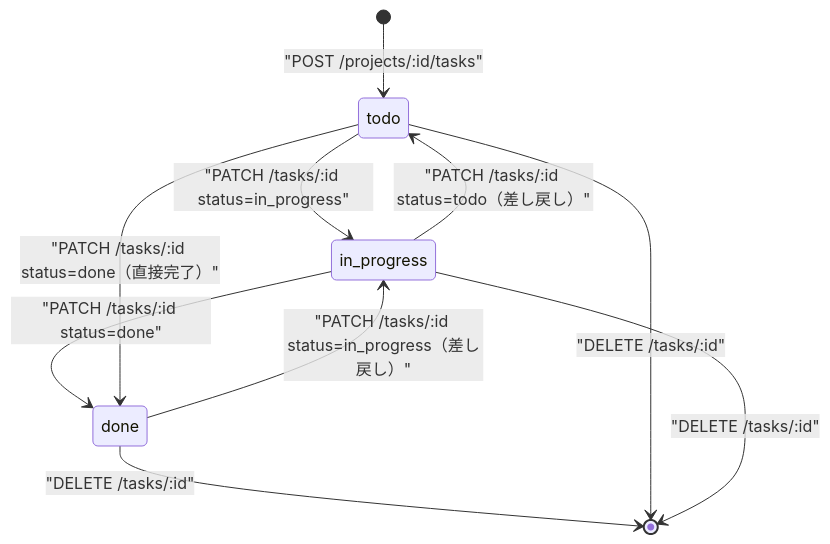
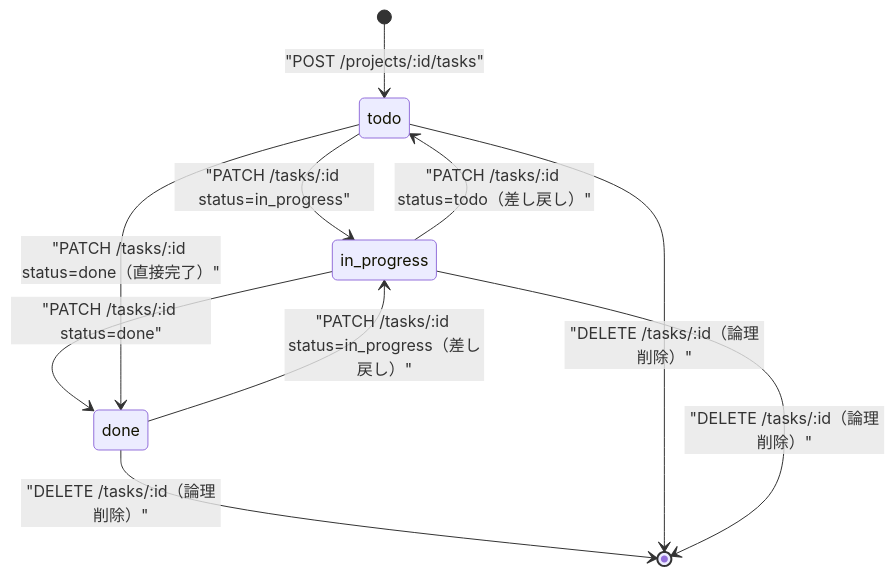
Before and after one commit to oikawa-d/task_management: the second of 4 diagrams in detailed_design/database/06_table_tasks.md, drawn with Mermaid. The commit also changed other lines of this file and 25 other files, not shown here.

````diff
--- a/detailed_design/database/06_table_tasks.md
+++ b/detailed_design/database/06_table_tasks.md
@@ -187,12 +198,12 @@
 ```mermaid
 stateDiagram-v2
     [*] --> todo: "POST /projects/:id/tasks"
     todo --> in_progress: "PATCH /tasks/:id status=in_progress"
     in_progress --> done: "PATCH /tasks/:id status=done"
     done --> in_progress: "PATCH /tasks/:id status=in_progress（差し戻し）"
     in_progress --> todo: "PATCH /tasks/:id status=todo（差し戻し）"
     todo --> done: "PATCH /tasks/:id status=done（直接完了）"
-    done --> [*]: "DELETE /tasks/:id"
-    todo --> [*]: "DELETE /tasks/:id"
-    in_progress --> [*]: "DELETE /tasks/:id"
+    done --> [*]: "DELETE /tasks/:id（論理削除）"
+    todo --> [*]: "DELETE /tasks/:id（論理削除）"
+    in_progress --> [*]: "DELETE /tasks/:id（論理削除）"
 ```
````
